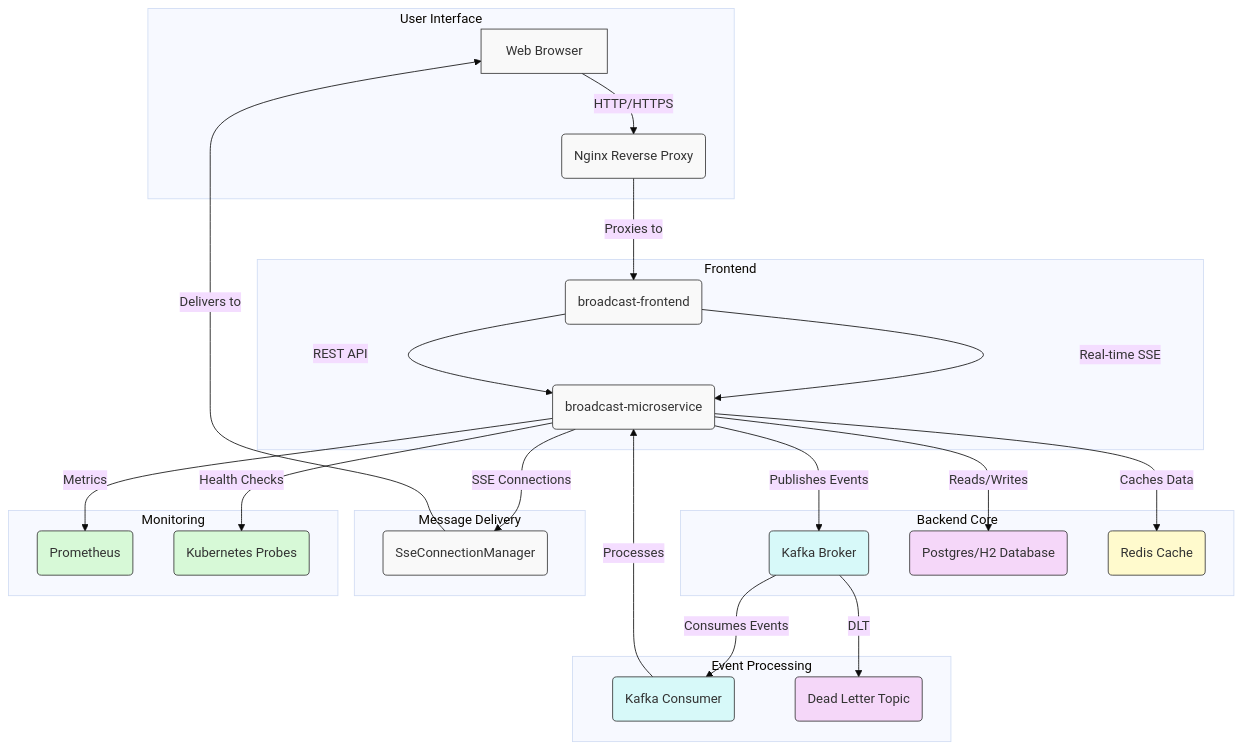
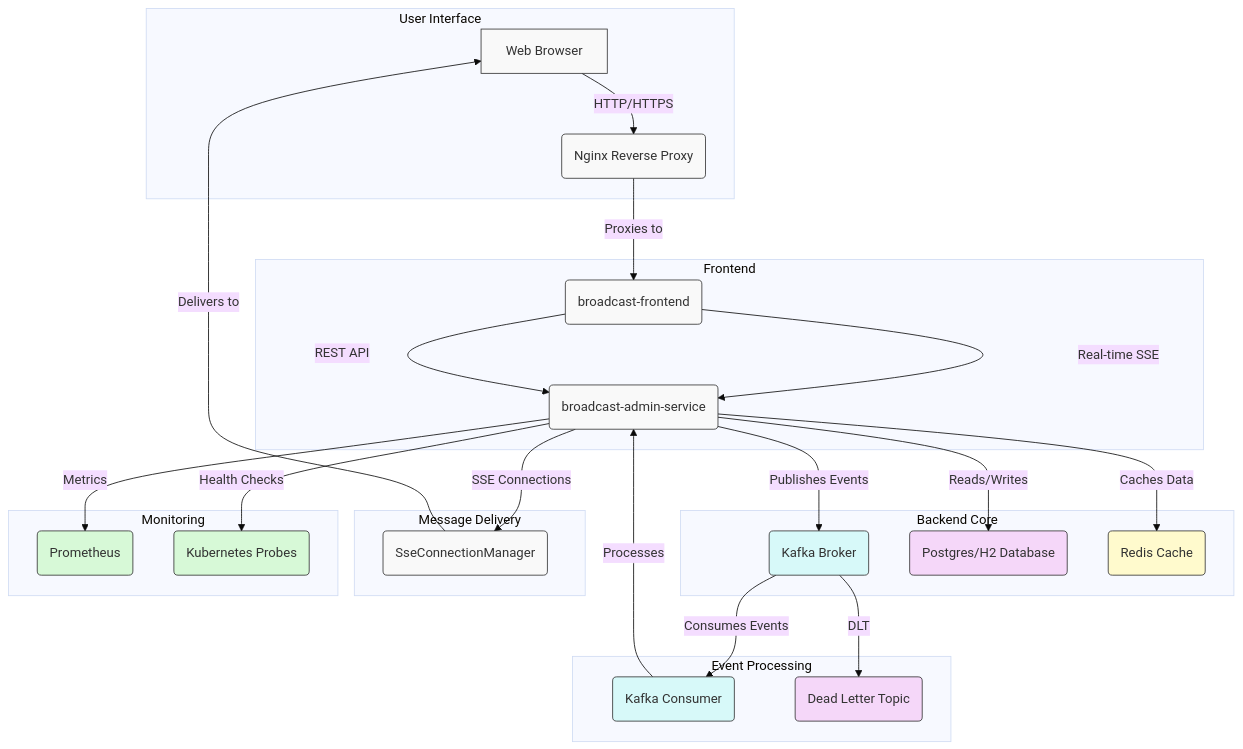
The diagram in broadcast-microservice/docs/index.md (rsrini7/Notification-SSE-GLM-Flux), drawn with Mermaid (base theme) before and after one commit. The commit also changed 8 other files, not shown here.

First line of the commit message:
refactor: rename broadcast-microservice to broadcast-admin-service and broadcast-user-service

````diff
--- a/broadcast-microservice/docs/index.md
+++ b/broadcast-microservice/docs/index.md
@@ -11,45 +11,45 @@
 ```mermaid
 graph TD
     subgraph "User Interface"
         A[Web Browser] -- "HTTP/HTTPS" --> B(Nginx Reverse Proxy)
     end
 
     subgraph "Frontend"
         B -- "Proxies to" --> C(broadcast-frontend)
-        C -- "Real-time SSE" --> D(broadcast-microservice)
+        C -- "Real-time SSE" --> D(broadcast-user-service)
         C -- "REST API" --> D
     end
 
     subgraph "Backend Core"
-        D(broadcast-microservice) -- "Publishes Events" --> E(Kafka Broker)
+        D(broadcast-admin-service) -- "Publishes Events" --> E(Kafka Broker)
         D -- "Reads/Writes" --> F(Postgres/H2 Database)
         D -- "Caches Data" --> G(Redis Cache)
     end
 
     subgraph "Event Processing"
         E -- "Consumes Events" --> H(Kafka Consumer)
         H -- "Processes" --> D
         E -- "DLT" --> I(Dead Letter Topic)
     end
 
     subgraph "Message Delivery"
         D -- "SSE Connections" --> J(SseConnectionManager)
         J -- "Delivers to" --> A
     end
 
     subgraph "Monitoring"
         D -- "Metrics" --> K(Prometheus)
         D -- "Health Checks" --> L(Kubernetes Probes)
     end
 
     classDef default fill:#f9f9f9,stroke:#333,stroke-width:1px;
     classDef database fill:#f5d7f9,stroke:#333,stroke-width:1px;
     classDef cache fill:#fffacd,stroke:#333,stroke-width:1px;
     classDef eventstream fill:#d7f9f9,stroke:#333,stroke-width:1px;
     classDef monitoring fill:#d7f9d7,stroke:#333,stroke-width:1px;
 
     class F,I database
     class G cache
     class E,H eventstream
     class K,L monitoring
 ```
````
